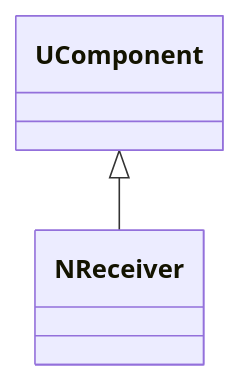
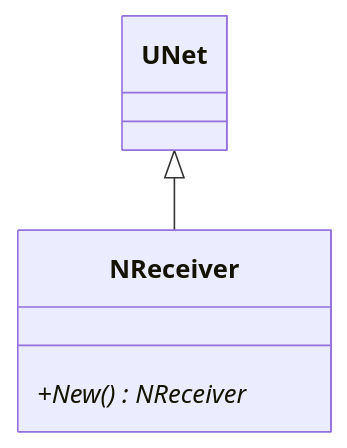
One commit to aicommunity/Nmsdk-PulseLib changed the sixth of 10 diagrams in Docs/Components/NReceiver.md. Above: the diagram before and after it, drawn with Mermaid. The commit also changed other lines of this file and 196 other files, not shown here.

````diff
--- a/Docs/Components/NReceiver.md
+++ b/Docs/Components/NReceiver.md
@@ -59,4 +206,7 @@
 ```mermaid
 classDiagram
-    UComponent <|-- NReceiver
+    UNet <|-- NReceiver
+    class NReceiver {
+        +New() NReceiver*
+    }
 ```
````
